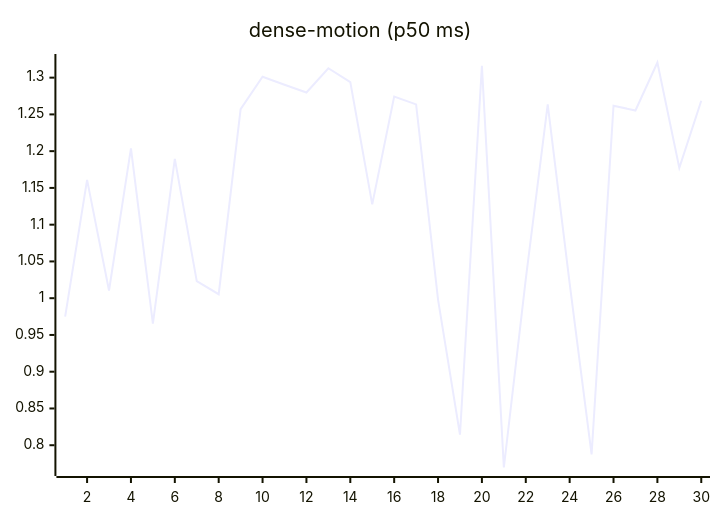
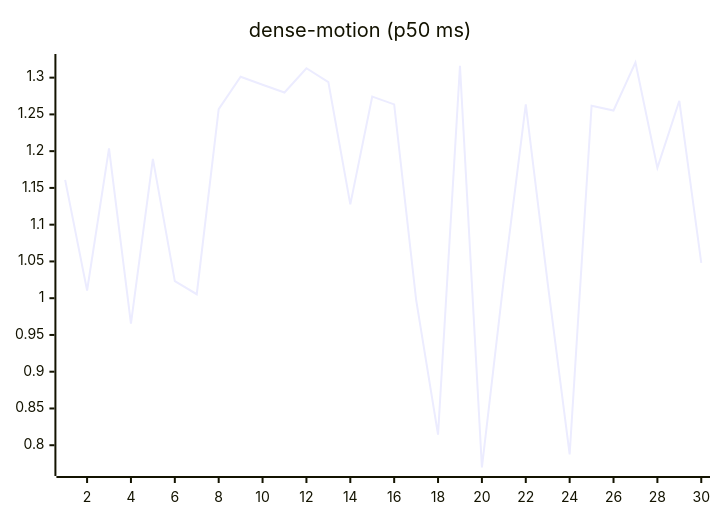
The ninth of 27 diagrams in README.md (josha/Facet), drawn with Mermaid before and after one commit. The commit also changed other lines of this file and 2 other files, not shown here.

````diff
--- a/README.md
+++ b/README.md
@@ -119,6 +119,6 @@
 ```mermaid
 xychart-beta
     title "dense-motion (p50 ms)"
     x-axis 1 --> 30
-    line [0.9749, 1.1610, 1.0105, 1.2037, 0.9653, 1.1895, 1.0233, 1.0054, 1.2572, 1.3012, 1.2904, 1.2798, 1.3128, 1.2940, 1.1276, 1.2742, 1.2636, 0.9981, 0.8144, 1.3160, 0.7697, 1.0258, 1.2636, 1.0200, 0.7874, 1.2619, 1.2553, 1.3206, 1.1772, 1.2685]
+    line [1.1610, 1.0105, 1.2037, 0.9653, 1.1895, 1.0233, 1.0054, 1.2572, 1.3012, 1.2904, 1.2798, 1.3128, 1.2940, 1.1276, 1.2742, 1.2636, 0.9981, 0.8144, 1.3160, 0.7697, 1.0258, 1.2636, 1.0200, 0.7874, 1.2619, 1.2553, 1.3206, 1.1772, 1.2685, 1.0480]
 ```
````
